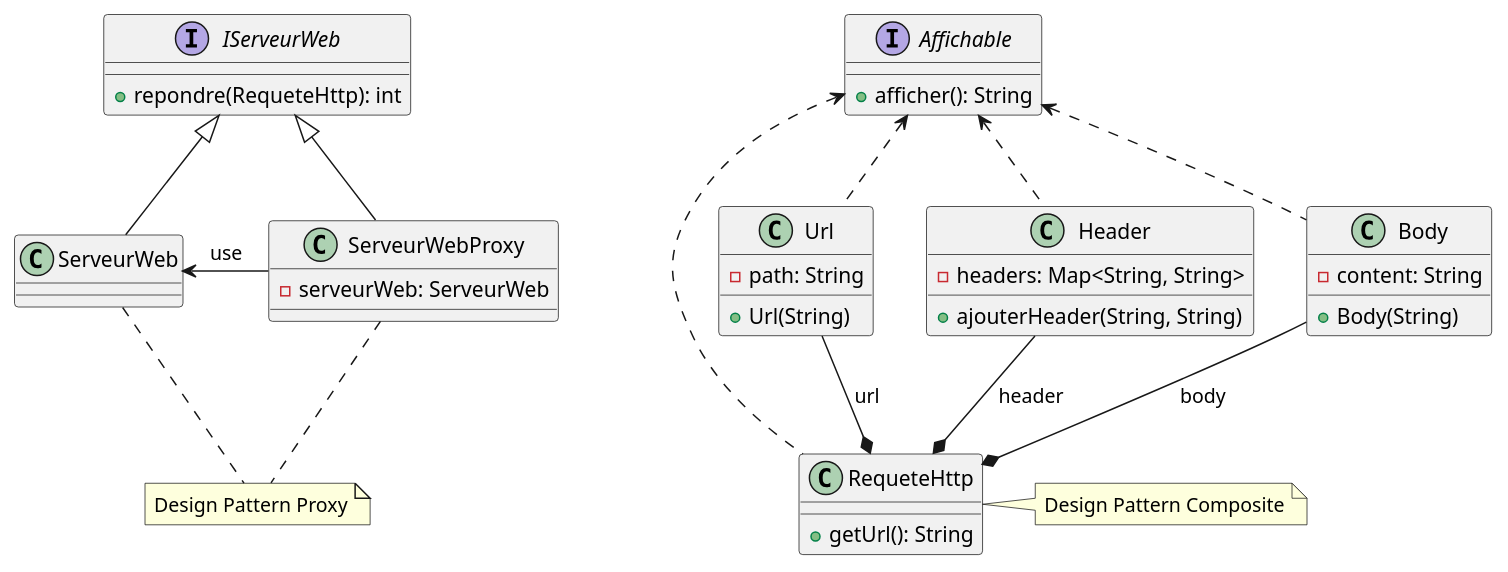
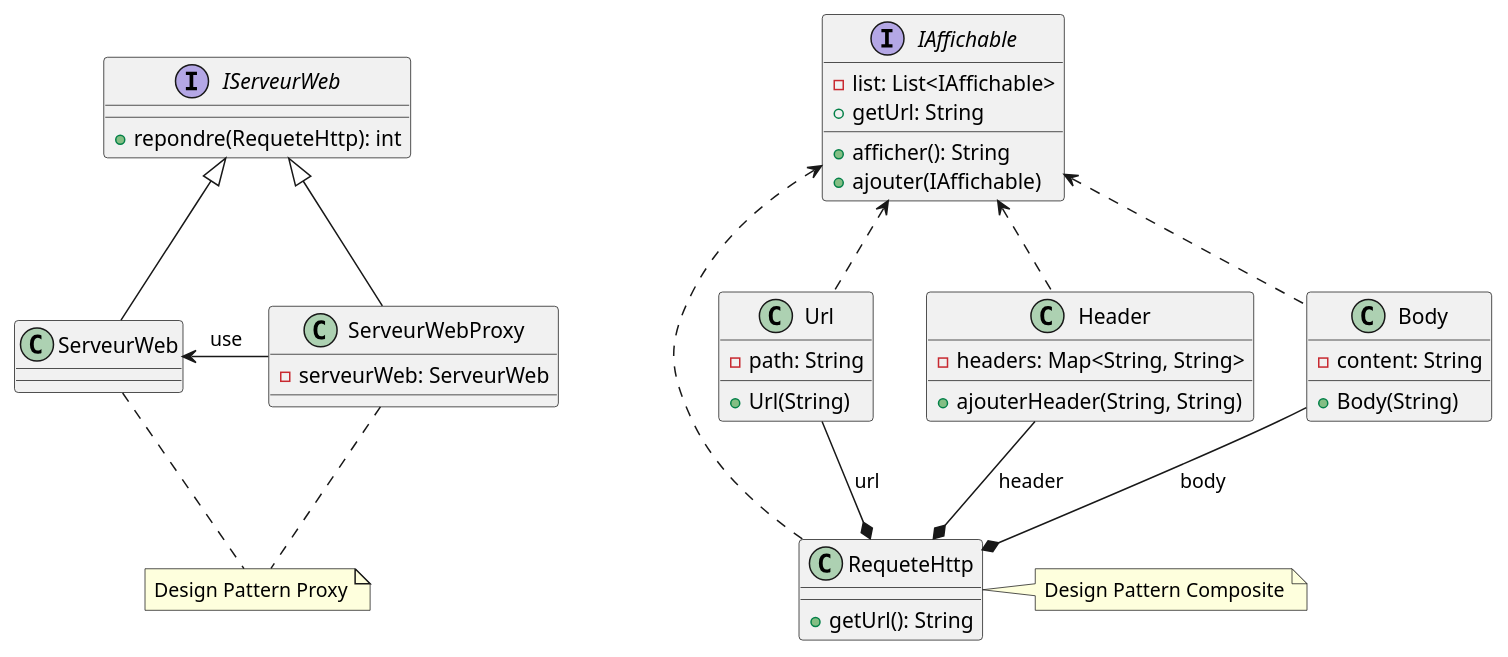
One commit to jandry/correctiondm2 changed the diagram in src/uml/DM2UML.puml. Above: the diagram before and after it, drawn with PlantUML. The commit also changed 6 other files, not shown here.

```diff
--- a/src/uml/DM2UML.puml
+++ b/src/uml/DM2UML.puml
@@ -1,53 +1,56 @@
 @startuml ServeurWeb
 
 interface IServeurWeb {
      + repondre(RequeteHttp): int
 }
 
 class ServeurWeb 
 
 class ServeurWebProxy {
      - serveurWeb: ServeurWeb
 }
 
 class RequeteHttp {
      + getUrl(): String
 }
 note right: Design Pattern Composite
 
-interface Affichable {
+interface IAffichable {
+     - list: List<IAffichable>
      + afficher(): String
+     + ajouter(IAffichable)
+     + getUrl: String
 }
 
 class Url {
      - path: String
      + Url(String)
 }
 
 class Header {
      - headers: Map<String, String>
      + ajouterHeader(String, String)
 }
 
 class Body {
      - content: String
      + Body(String)
 }
 
-RequeteHttp .up.> Affichable
-Url .up.> Affichable
-Header .up.> Affichable
-Body .up.> Affichable
+RequeteHttp .up.> IAffichable
+Url .up.> IAffichable
+Header .up.> IAffichable
+Body .up.> IAffichable
 
 Url -down-* RequeteHttp: url
 Header -down-* RequeteHttp: header
 Body -down-* RequeteHttp: body
  
 ServeurWeb <-right- ServeurWebProxy : use
 ServeurWeb -up-|> IServeurWeb
 ServeurWebProxy -up-|> IServeurWeb
 note "Design Pattern Proxy" as NoteProxy
 ServeurWebProxy .down. NoteProxy
 ServeurWeb .down. NoteProxy
 
 @enduml
```
